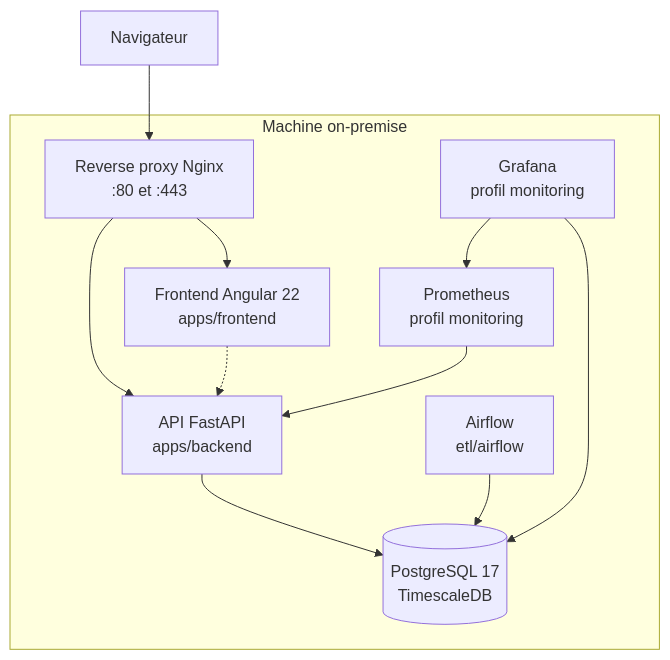
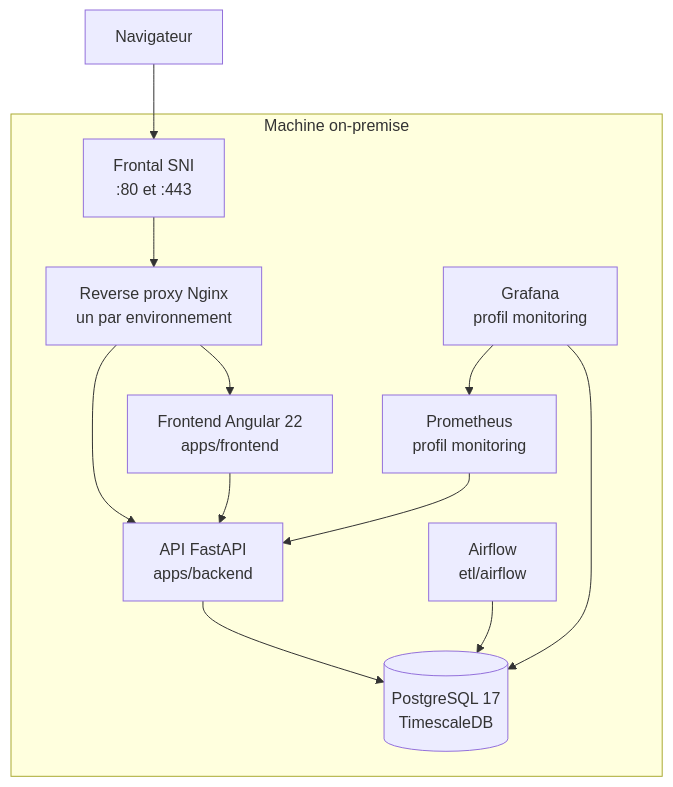
The second of 3 diagrams in docs/architecture/00-vue-ensemble.md (ineszang/ProjetPiscine_EnerVision), drawn with Mermaid before and after one commit. The commit also changed other lines of this file and 24 other files, not shown here.

````diff
--- a/docs/architecture/00-vue-ensemble.md
+++ b/docs/architecture/00-vue-ensemble.md
@@ -44,24 +44,26 @@
 ```mermaid
 flowchart TB
   navigateur["Navigateur"]
 
   subgraph machine["Machine on-premise"]
-    proxy["Reverse proxy Nginx<br/>:80 et :443"]
+    frontal["Frontal SNI<br/>:80 et :443"]
+    proxy["Reverse proxy Nginx<br/>un par environnement"]
     front["Frontend Angular 22<br/>apps/frontend"]
     api["API FastAPI<br/>apps/backend"]
     db[("PostgreSQL 17<br/>TimescaleDB")]
     airflow["Airflow<br/>etl/airflow"]
     prom["Prometheus<br/>profil monitoring"]
     grafana["Grafana<br/>profil monitoring"]
   end
 
-  navigateur --> proxy
+  navigateur --> frontal
+  frontal --> proxy
   proxy --> front
   proxy --> api
-  front -.-> api
+  front --> api
   api --> db
   airflow --> db
   prom --> api
   grafana --> db
   grafana --> prom
 ```
````
